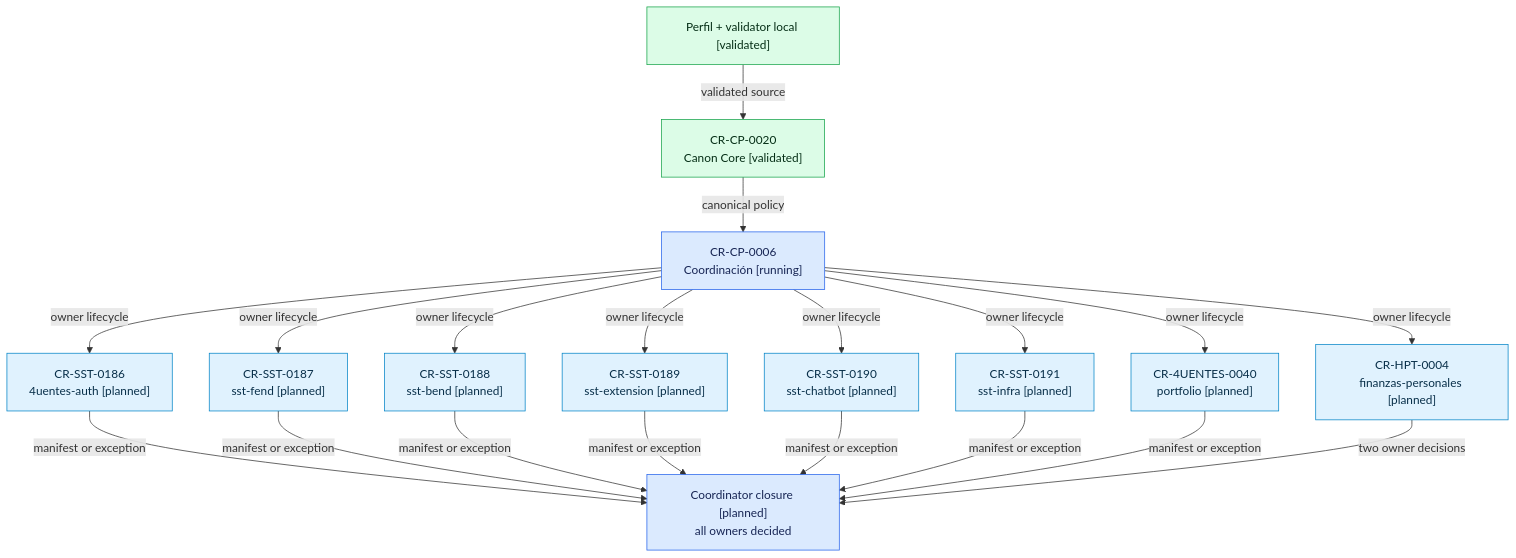
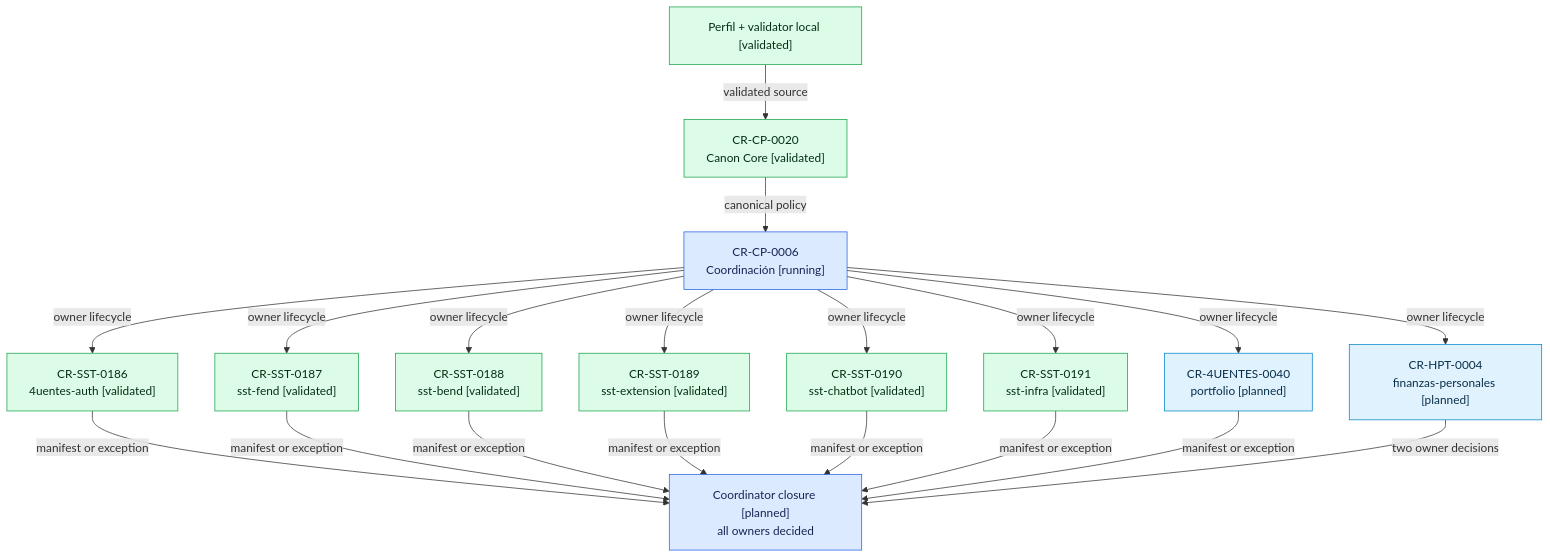
Before and after one commit to afpogo/4uentes-ards-control-plane: the diagram in evidence/requests/CR-CP-0006/implementation-plan.md, drawn with Mermaid. The commit also changed other lines of this file and 7 other files, not shown here.

````diff
--- a/evidence/requests/CR-CP-0006/implementation-plan.md
+++ b/evidence/requests/CR-CP-0006/implementation-plan.md
@@ -43,42 +43,43 @@
 ```mermaid
 flowchart TD
     LOCAL["Perfil + validator local [validated]"]
     CORE["CR-CP-0020<br/>Canon Core [validated]"]
     COORD["CR-CP-0006<br/>Coordinación [running]"]
-    AUTH["CR-SST-0186<br/>4uentes-auth [planned]"]
-    FEND["CR-SST-0187<br/>sst-fend [planned]"]
-    BEND["CR-SST-0188<br/>sst-bend [planned]"]
-    EXT["CR-SST-0189<br/>sst-extension [planned]"]
-    BOT["CR-SST-0190<br/>sst-chatbot [planned]"]
-    INFRA["CR-SST-0191<br/>sst-infra [planned]"]
+    AUTH["CR-SST-0186<br/>4uentes-auth [validated]"]
+    FEND["CR-SST-0187<br/>sst-fend [validated]"]
+    BEND["CR-SST-0188<br/>sst-bend [validated]"]
+    EXT["CR-SST-0189<br/>sst-extension [validated]"]
+    BOT["CR-SST-0190<br/>sst-chatbot [validated]"]
+    INFRA["CR-SST-0191<br/>sst-infra [validated]"]
     PORT["CR-4UENTES-0040<br/>portfolio [planned]"]
     HPT["CR-HPT-0004<br/>finanzas-personales [planned]"]
     CLOSE["Coordinator closure [planned]<br/>all owners decided"]
 
     LOCAL -->|"validated source"| CORE
     CORE -->|"canonical policy"| COORD
     COORD -->|"owner lifecycle"| AUTH
     COORD -->|"owner lifecycle"| FEND
     COORD -->|"owner lifecycle"| BEND
     COORD -->|"owner lifecycle"| EXT
     COORD -->|"owner lifecycle"| BOT
     COORD -->|"owner lifecycle"| INFRA
     COORD -->|"owner lifecycle"| PORT
     COORD -->|"owner lifecycle"| HPT
     AUTH -->|"manifest or exception"| CLOSE
     FEND -->|"manifest or exception"| CLOSE
     BEND -->|"manifest or exception"| CLOSE
     EXT -->|"manifest or exception"| CLOSE
     BOT -->|"manifest or exception"| CLOSE
     INFRA -->|"manifest or exception"| CLOSE
     PORT -->|"manifest or exception"| CLOSE
     HPT -->|"two owner decisions"| CLOSE
 
     classDef validated fill:#dcfce7,stroke:#16a34a,color:#052e16
     classDef planned fill:#e0f2fe,stroke:#0284c7,color:#082f49
     classDef coordinator fill:#dbeafe,stroke:#2563eb,color:#172554
     class LOCAL validated
     class CORE validated
-    class AUTH,FEND,BEND,EXT,BOT,INFRA,PORT,HPT planned
+    class AUTH,FEND,BEND,EXT,BOT,INFRA validated
+    class PORT,HPT planned
     class COORD,CLOSE coordinator
 ```
````
